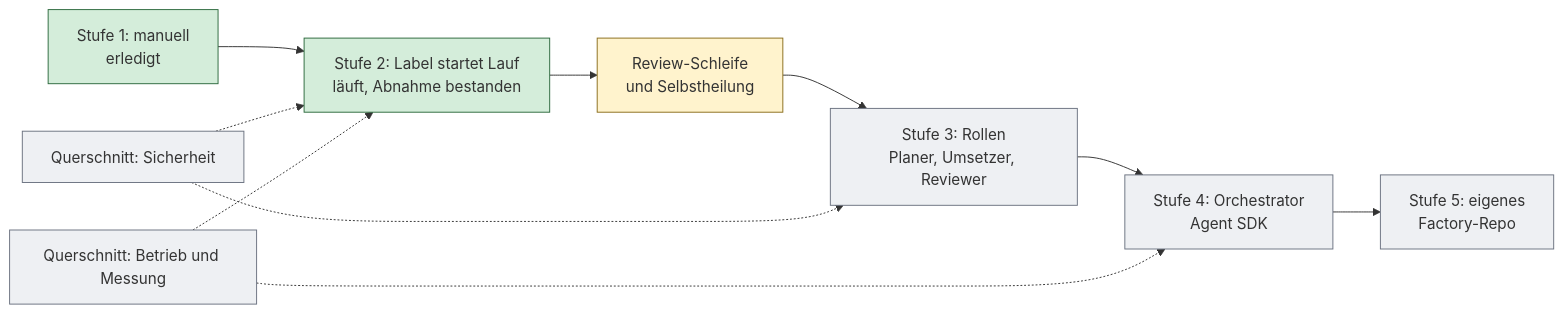
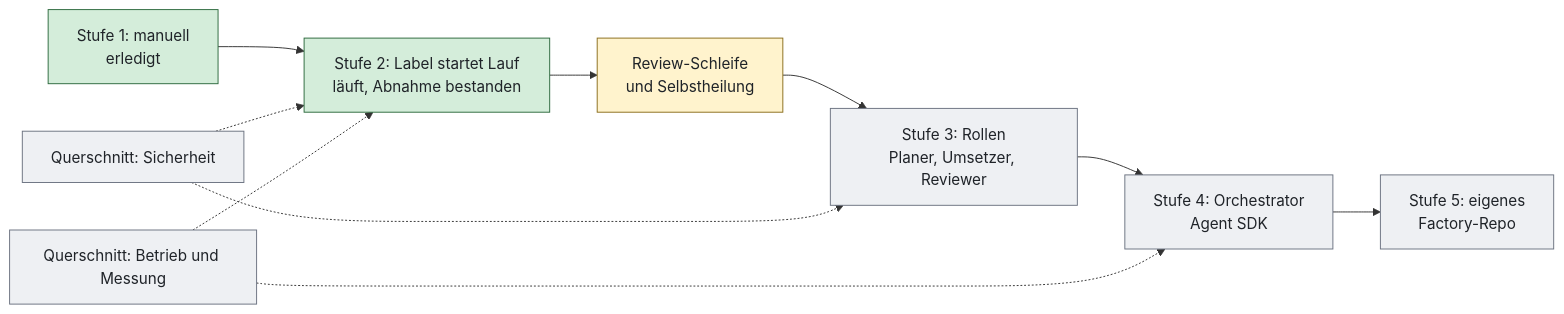
One commit to juheba/sw-factory-tryout changed the diagram in docs/roadmap.md. Above: the diagram before and after it, drawn with Mermaid. The commit also changed 1 other file, not shown here.

Commit message:
docs: Mermaid-Diagramme im Darkmode lesbar, Gestaltungsregel (#56) (#57)

````diff
--- a/docs/roadmap.md
+++ b/docs/roadmap.md
@@ -18,18 +18,18 @@
 ```mermaid
 flowchart LR
     S1[Stufe 1: manuell<br/>erledigt] --> S2[Stufe 2: Label startet Lauf<br/>läuft, Abnahme bestanden]
     S2 --> RV[Review-Schleife<br/>und Selbstheilung]
     RV --> S3[Stufe 3: Rollen<br/>Planer, Umsetzer, Reviewer]
     S3 --> S4[Stufe 4: Orchestrator<br/>Agent SDK]
     S4 --> S5[Stufe 5: eigenes<br/>Factory-Repo]
     SEC[Querschnitt: Sicherheit] -.-> S2
     SEC -.-> S3
     OPS[Querschnitt: Betrieb und Messung] -.-> S2
     OPS -.-> S4
-    classDef done fill:#d4edda,stroke:#2d6a3e
-    classDef active fill:#fff3cd,stroke:#8a6d1c
-    classDef planned fill:#eef0f3,stroke:#6b7280
+    classDef done fill:#d4edda,stroke:#2d6a3e,color:#1f2328
+    classDef active fill:#fff3cd,stroke:#8a6d1c,color:#1f2328
+    classDef planned fill:#eef0f3,stroke:#6b7280,color:#1f2328
     class S1,S2 done
     class RV active
     class S3,S4,S5,SEC,OPS planned
 ```
````
